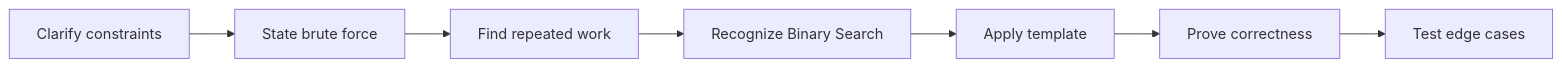
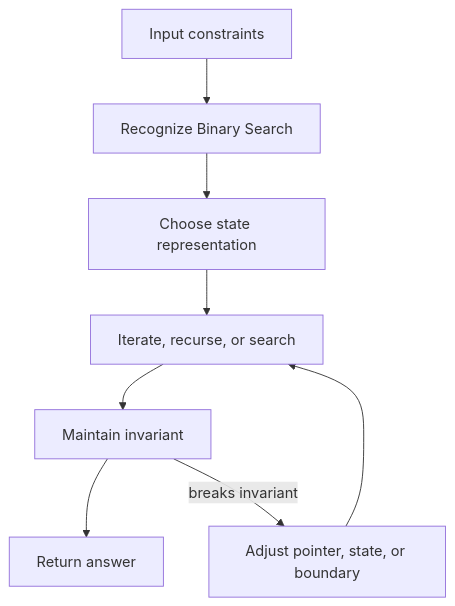
Before and after one commit to abstractinterviews/abstractinterviews.github.io: the second of 2 diagrams in coding-round/patterns/binary-search/index.md, drawn with Mermaid. The commit also changed other lines of this file and 278 other files, not shown here.

````diff
--- a/coding-round/patterns/binary-search/index.md
+++ b/coding-round/patterns/binary-search/index.md
@@ -123,9 +121,10 @@
-~~~mermaid
-flowchart LR
-    A["Clarify constraints"] --> B["State brute force"]
-    B --> C["Find repeated work"]
-    C --> D["Recognize Binary Search"]
-    D --> E["Apply template"]
-    E --> F["Prove correctness"]
-    F --> G["Test edge cases"]
-~~~
+```mermaid
+flowchart TD
+    Input["Input constraints"] --> Pattern["Recognize Binary Search"]
+    Pattern --> State["Choose state representation"]
+    State --> Iterate["Iterate, recurse, or search"]
+    Iterate --> Check["Maintain invariant"]
+    Check --> Result["Return answer"]
+    Check -->|breaks invariant| Fix["Adjust pointer, state, or boundary"]
+    Fix --> Iterate
+```
````
